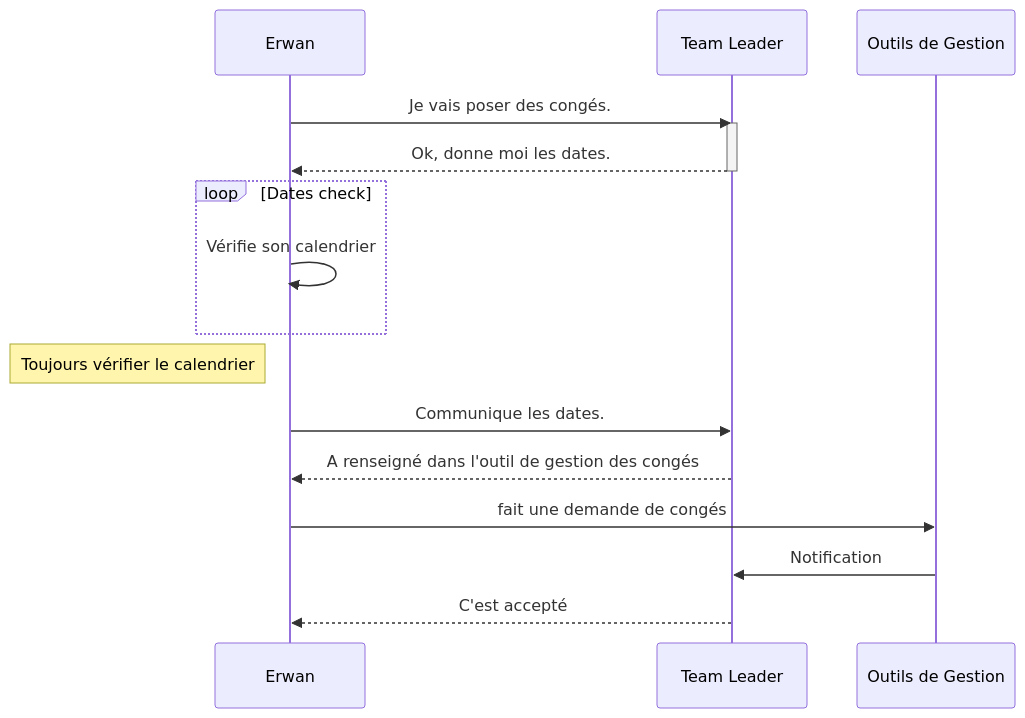
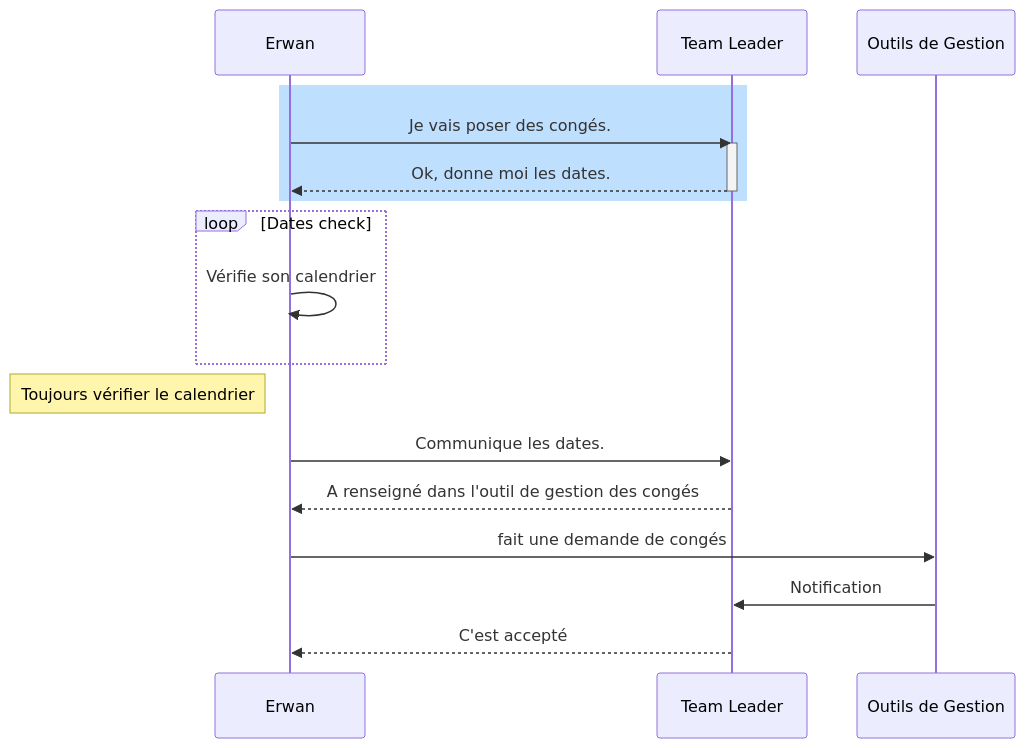
One commit to ErwanLT/mermaidMarkdown changed the diagram in sequence/README.md. Above: the diagram before and after it, drawn with Mermaid.

Commit message:
sequence

````diff
--- a/sequence/README.md
+++ b/sequence/README.md
@@ -2,18 +2,20 @@
 ```mermaid
 sequenceDiagram
     participant Erwan
     participant Team Leader
-    Erwan ->> Team Leader: Je vais poser des congés.
-    activate Team Leader
-    Team Leader -->> Erwan: Ok, donne moi les dates.
-    deactivate Team Leader
+    rect rgb(191, 223, 255)
+        Erwan ->> Team Leader: Je vais poser des congés.
+        activate Team Leader
+        Team Leader -->> Erwan: Ok, donne moi les dates.
+        deactivate Team Leader
+    end
     loop Dates check
         Erwan ->> Erwan: Vérifie son calendrier
     end
     Note Left of Erwan : Toujours vérifier le calendrier
     Erwan->>Team Leader: Communique les dates.
     Team Leader -->> Erwan : A renseigné dans l'outil de gestion des congés
     Erwan ->> Outils de Gestion : fait une demande de congés
     Outils de Gestion ->> Team Leader : Notification
     Team Leader -->> Erwan : C'est accepté
 ```
````
